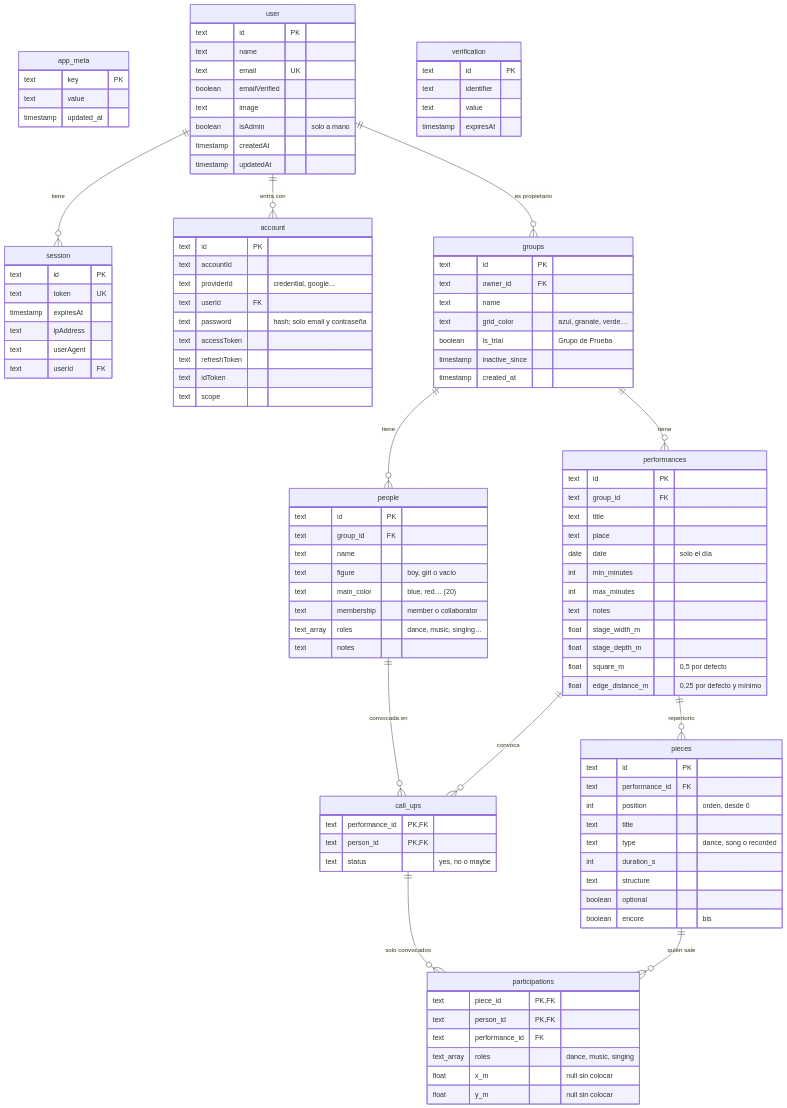
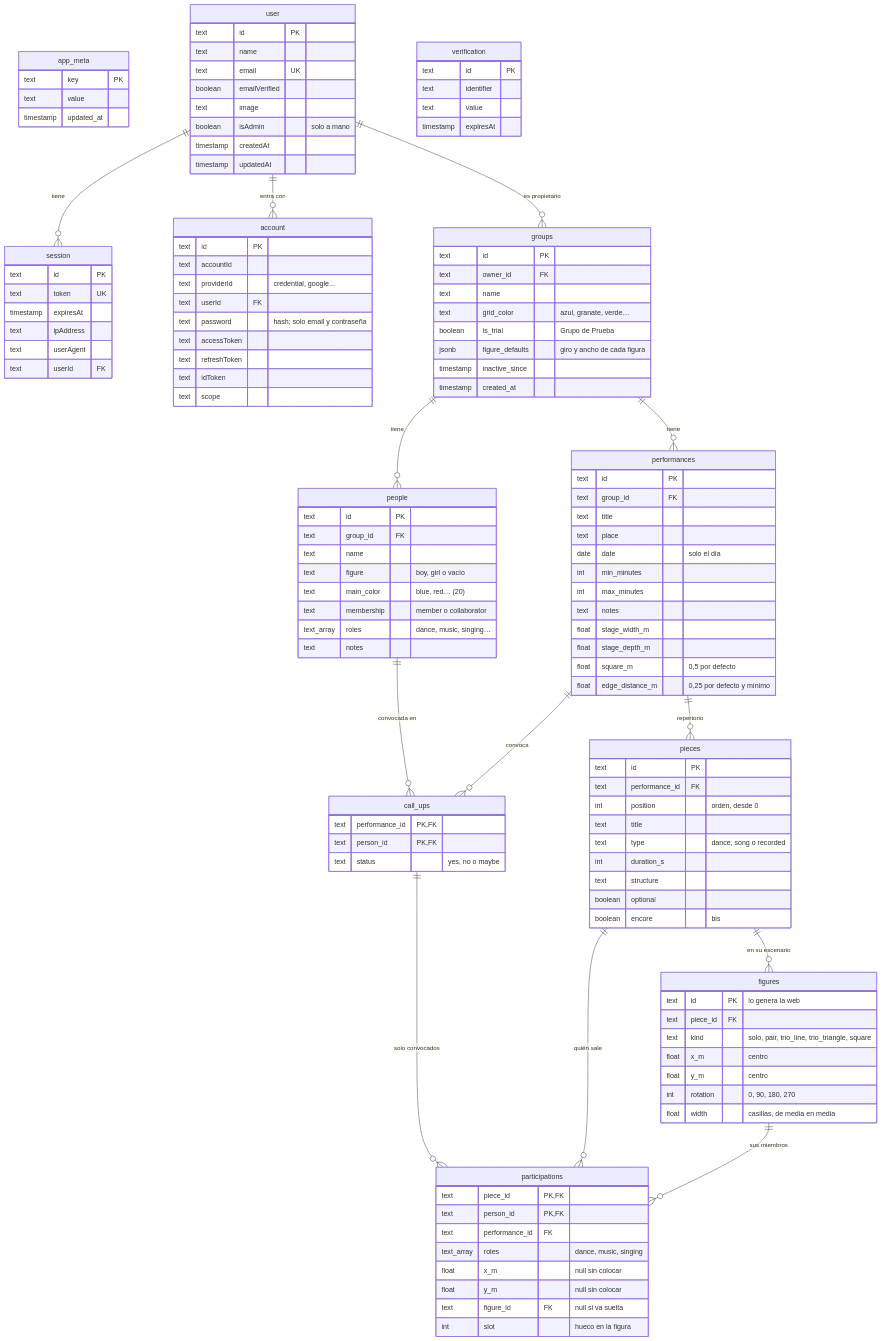
Before and after one commit to juananmgz/cuadrocorrocalle: the first of 2 diagrams in documentation/database.md, drawn with Mermaid. The commit also changed other lines of this file and 40 other files, not shown here.

```diff
--- a/documentation/database.md
+++ b/documentation/database.md
@@ -68,6 +69,7 @@
     text name
     text grid_color "azul, granate, verde…"
     boolean is_trial "Grupo de Prueba"
+    jsonb figure_defaults "giro y ancho de cada figura"
     timestamp inactive_since
     timestamp created_at
   }
@@ -125,6 +127,19 @@
     text_array roles "dance, music, singing"
     float x_m "null sin colocar"
     float y_m "null sin colocar"
+    text figure_id FK "null si va suelta"
+    int slot "hueco en la figura"
+  }
+  pieces ||--o{ figures : "en su escenario"
+  figures ||--o{ participations : "sus miembros"
+  figures {
+    text id PK "lo genera la web"
+    text piece_id FK
+    text kind "solo, pair, trio_line, trio_triangle, square"
+    float x_m "centro"
+    float y_m "centro"
+    int rotation "0, 90, 180, 270"
+    float width "casillas, de media en media"
   }
   verification {
     text id PK
```
